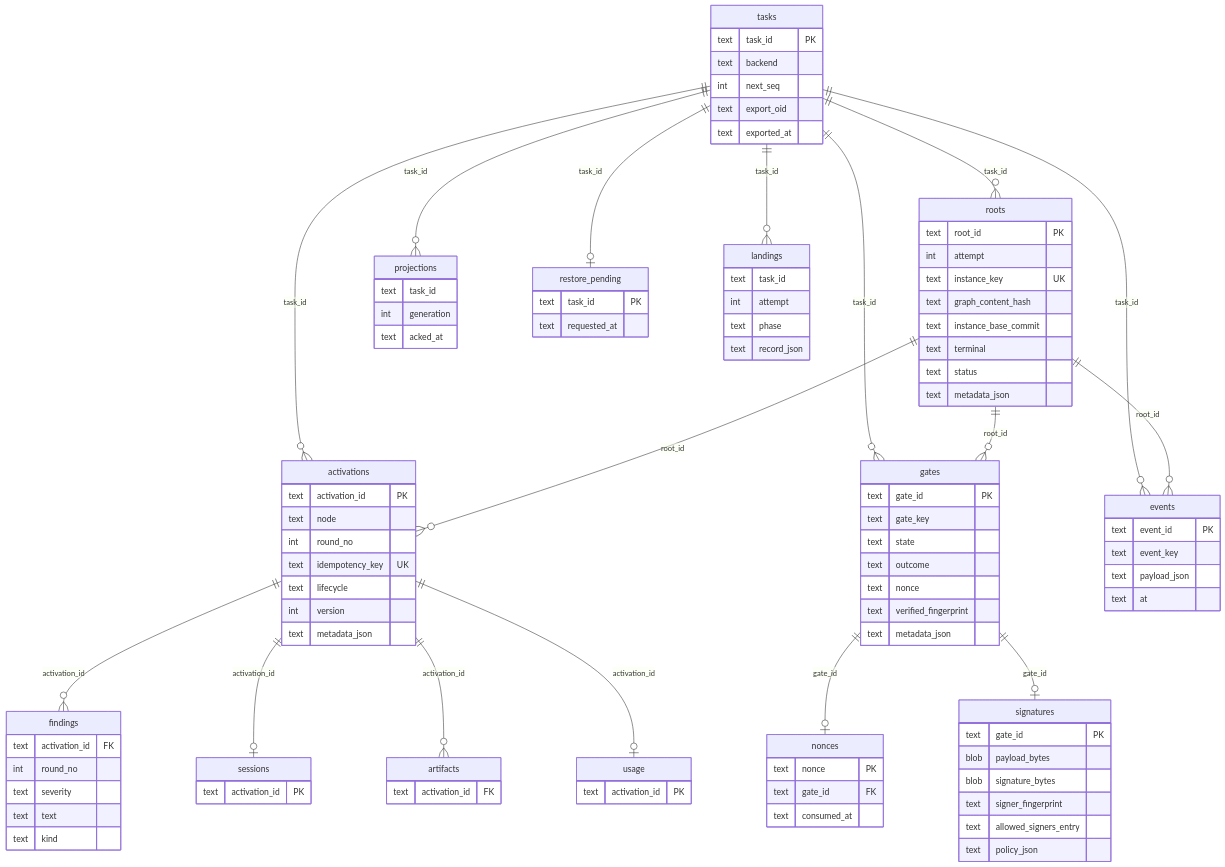
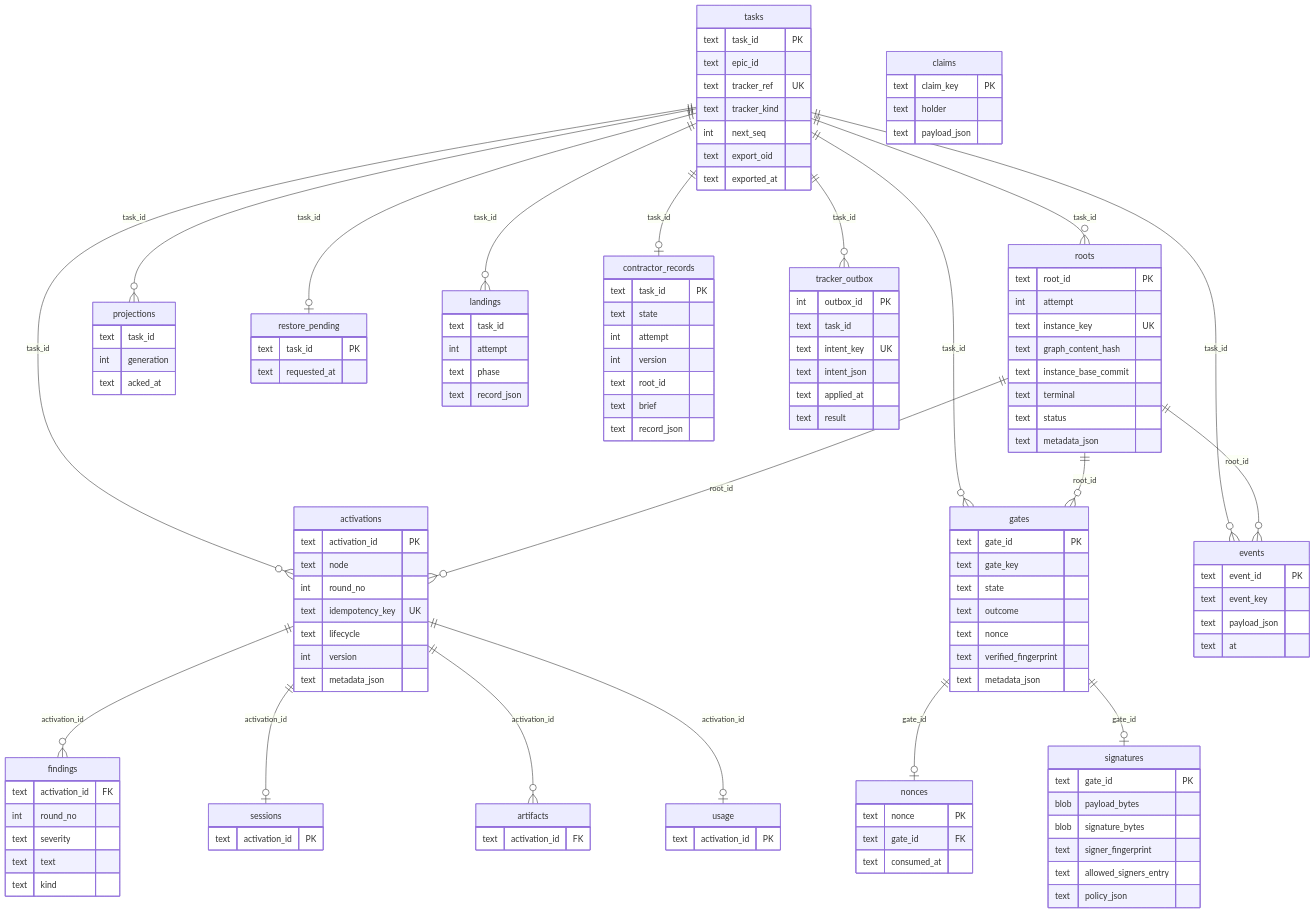
One commit to MVPavan/coding-ritual changed the ninth of 45 diagrams in docs/workflow-interpreter-guide/diagrams.md. Above: the diagram before and after it, drawn with Mermaid. The commit also changed other lines of this file and 7 other files, not shown here.

```diff
--- a/docs/workflow-interpreter-guide/diagrams.md
+++ b/docs/workflow-interpreter-guide/diagrams.md
@@ -502,6 +498,8 @@
   tasks ||--o{ projections : task_id
   tasks ||--o| restore_pending : task_id
   tasks ||--o{ landings : task_id
+  tasks ||--o| contractor_records : task_id
+  tasks ||--o{ tracker_outbox : task_id
   roots ||--o{ activations : root_id
   roots ||--o{ gates : root_id
   roots ||--o{ events : root_id
@@ -513,10 +511,34 @@
   activations ||--o| usage : activation_id
   tasks {
     text task_id PK
-    text backend
+    text epic_id
+    text tracker_ref UK
+    text tracker_kind
     int next_seq
     text export_oid
     text exported_at
+  }
+  contractor_records {
+    text task_id PK
+    text state
+    int attempt
+    int version
+    text root_id
+    text brief
+    text record_json
+  }
+  claims {
+    text claim_key PK
+    text holder
+    text payload_json
+  }
+  tracker_outbox {
+    int outbox_id PK
+    text task_id
+    text intent_key UK
+    text intent_json
+    text applied_at
+    text result
   }
   roots {
     text root_id PK
```
